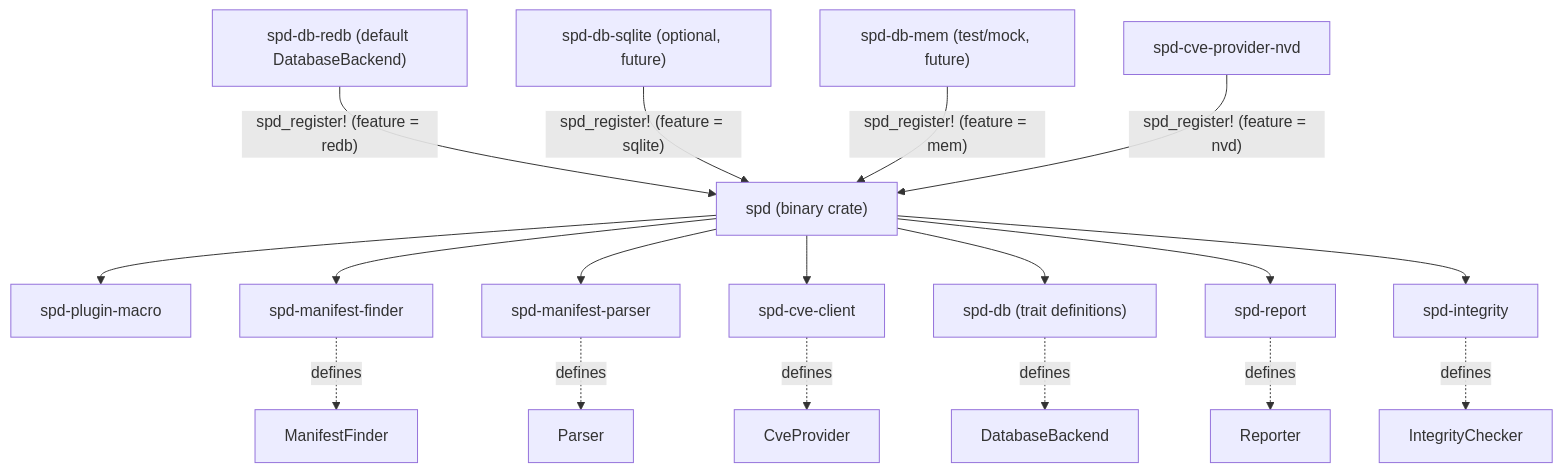
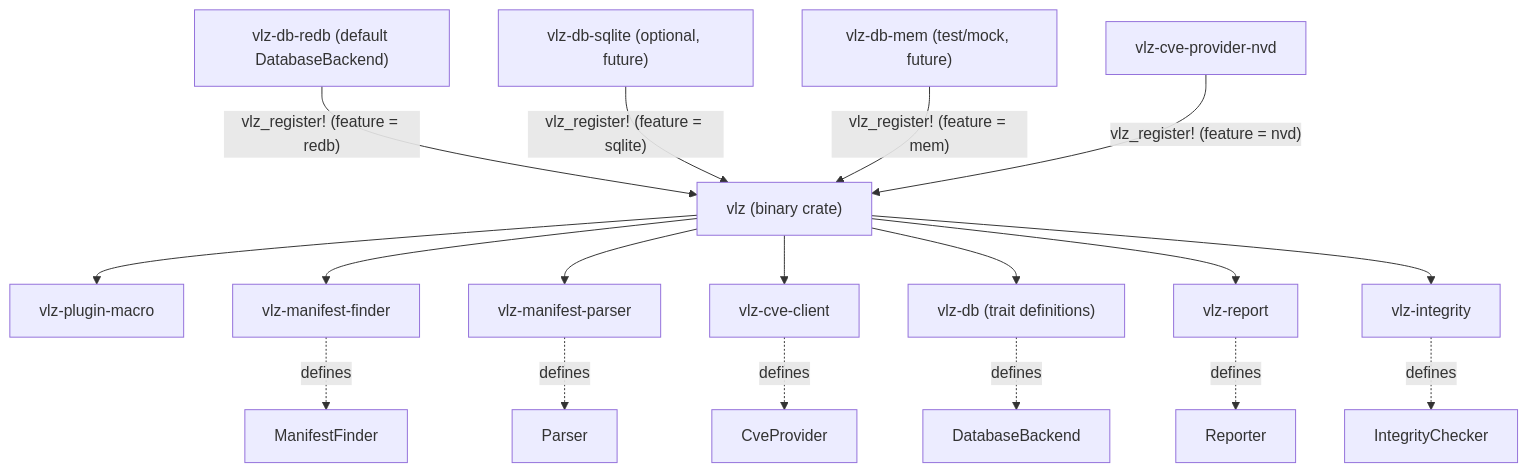
One commit to verilyze/verilyze changed the first of 3 diagrams in CONTRIBUTING.md. Above: the diagram before and after it, drawn with Mermaid. The commit also changed other lines of this file and 125 other files, not shown here.

````diff
--- a/CONTRIBUTING.md
+++ b/CONTRIBUTING.md
@@ -47,38 +47,38 @@
 ```mermaid
 graph TD
     %% Core binary
-    A["spd (binary crate)"]
+    A["vlz (binary crate)"]
     %% Macro crate (used by binary for plugin registration)
-    M["spd-plugin-macro"]
+    M["vlz-plugin-macro"]
     %% Library crates
-    B["spd-manifest-finder"]
-    C["spd-manifest-parser"]
-    D["spd-cve-client"]
-    E["spd-db (trait definitions)"]
-    F["spd-report"]
-    G["spd-integrity"]
+    B["vlz-manifest-finder"]
+    C["vlz-manifest-parser"]
+    D["vlz-cve-client"]
+    E["vlz-db (trait definitions)"]
+    F["vlz-report"]
+    G["vlz-integrity"]
     %% Concrete implementations (plug‑ins)
-    H["spd-db-redb (default DatabaseBackend)"]
-    I["spd-db-sqlite (optional, future)"]
-    J["spd-db-mem (test/mock, future)"]
+    H["vlz-db-redb (default DatabaseBackend)"]
+    I["vlz-db-sqlite (optional, future)"]
+    J["vlz-db-mem (test/mock, future)"]
     %% Edges from binary to libraries
     A --> B
     A --> C
     A --> D
     A --> E
     A --> F
     A --> G
     A --> M
     %% Edges from libraries to the traits they expose (collapsed for brevity)
     B -.->|defines| ManifestFinder
     C -.->|defines| Parser
     D -.->|defines| CveProvider
     E -.->|defines| DatabaseBackend
     F -.->|defines| Reporter
     G -.->|defines| IntegrityChecker
     %% Registration edges (plug‑in discovery)
-    H -->|"spd_register! (feature = redb)"| A
-    I -->|"spd_register! (feature = sqlite)"| A
-    J -->|"spd_register! (feature = mem)"| A
-    K["spd-cve-provider-nvd"] -->|"spd_register! (feature = nvd)"| A
+    H -->|"vlz_register! (feature = redb)"| A
+    I -->|"vlz_register! (feature = sqlite)"| A
+    J -->|"vlz_register! (feature = mem)"| A
+    K["vlz-cve-provider-nvd"] -->|"vlz_register! (feature = nvd)"| A
 ```
````
